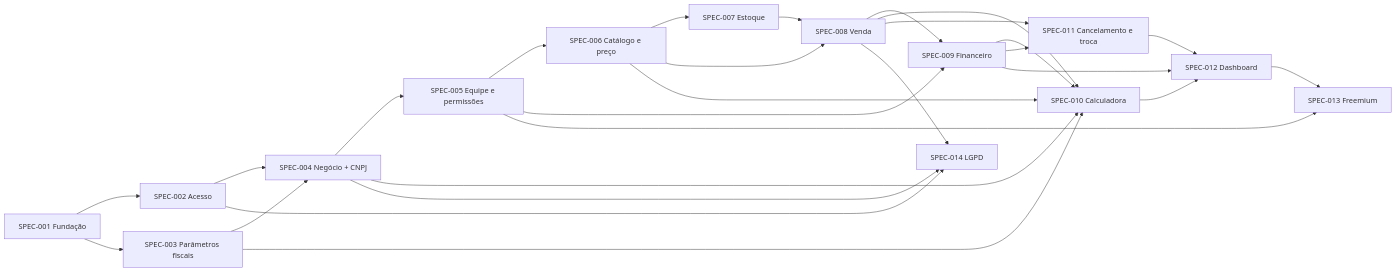
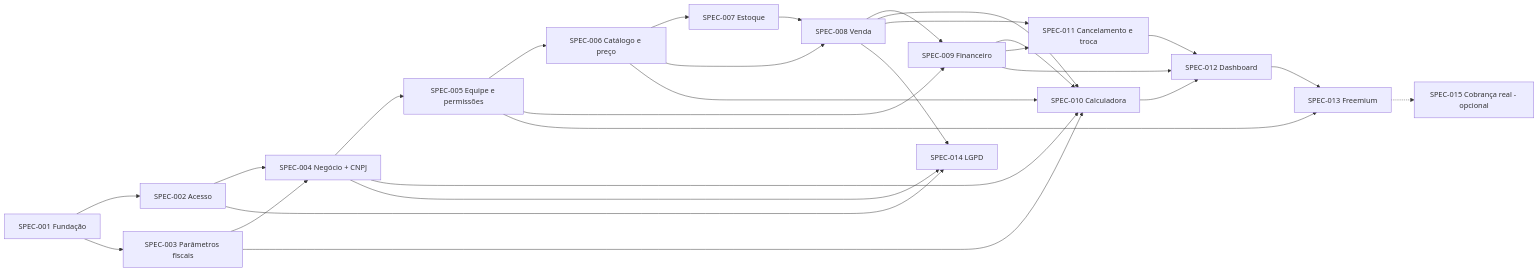
One commit to VitorHashimoto21/projeto_HE_modelagem_de_sistemas changed the diagram in docs/MAPA_DE_SPECS.md. Above: the diagram before and after it, drawn with Mermaid. The commit also changed other lines of this file and 2 other files, not shown here.

First line of the commit message:
Registra decisões no Mapa, revisa a SPEC-001 e reescreve o guia de issues

````diff
--- a/docs/MAPA_DE_SPECS.md
+++ b/docs/MAPA_DE_SPECS.md
@@ -106,29 +136,30 @@
 ```mermaid
 flowchart LR
     S1[SPEC-001 Fundação] --> S2[SPEC-002 Acesso]
     S1 --> S3[SPEC-003 Parâmetros fiscais]
     S2 --> S4[SPEC-004 Negócio + CNPJ]
     S3 --> S4
     S4 --> S5[SPEC-005 Equipe e permissões]
     S5 --> S6[SPEC-006 Catálogo e preço]
     S6 --> S7[SPEC-007 Estoque]
     S6 --> S8[SPEC-008 Venda]
     S7 --> S8
     S5 --> S9[SPEC-009 Financeiro]
     S8 --> S9
     S3 --> S10[SPEC-010 Calculadora]
     S4 --> S10
     S6 --> S10
     S8 --> S10
     S9 --> S10
     S8 --> S11[SPEC-011 Cancelamento e troca]
     S9 --> S11
     S9 --> S12[SPEC-012 Dashboard]
     S10 --> S12
     S11 --> S12
     S5 --> S13[SPEC-013 Freemium]
     S12 --> S13
     S2 --> S14[SPEC-014 LGPD]
     S4 --> S14
     S8 --> S14
+    S13 -.-> S15[SPEC-015 Cobrança real - opcional]
 ```
````
